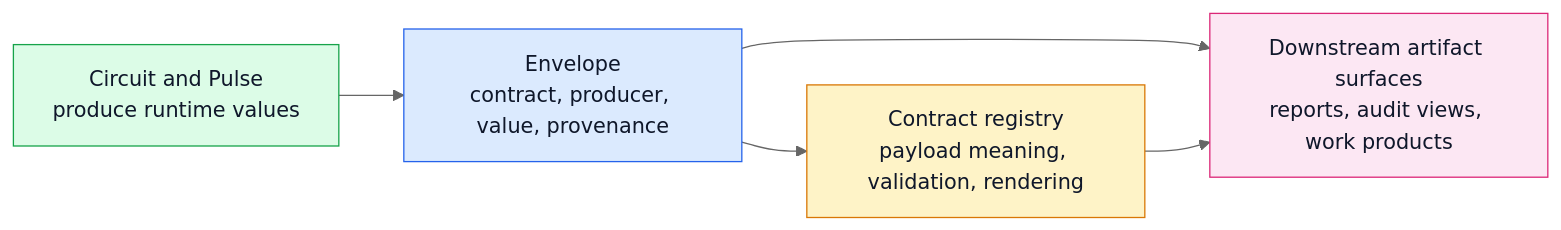
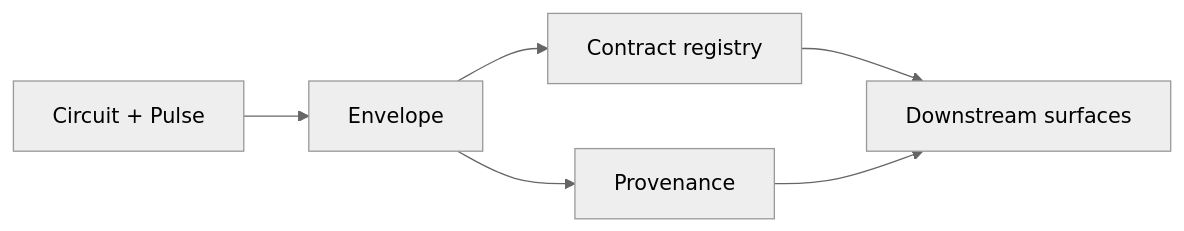
One commit to Digimuoto/cortex changed the diagram in docs/Architecture/08-artifacts-and-provenance.md. Above: the diagram before and after it, drawn with Mermaid (neutral theme). The commit also changed other lines of this file and 63 other files, not shown here.

````diff
--- a/docs/Architecture/08-artifacts-and-provenance.md
+++ b/docs/Architecture/08-artifacts-and-provenance.md
@@ -39,12 +39,8 @@
 ```mermaid
 flowchart LR
-    C[Circuit and Pulse<br/>produce runtime values] --> E[Envelope<br/>contract, producer, value, provenance]
-    E --> R[Contract registry<br/>payload meaning, validation, rendering]
-    E --> D[Downstream artifact surfaces<br/>reports, audit views, work products]
-    R --> D
-
-    style C fill:#dcfce7,stroke:#16a34a,color:#0f172a
-    style E fill:#dbeafe,stroke:#2563eb,color:#0f172a
-    style R fill:#fef3c7,stroke:#d97706,color:#0f172a
-    style D fill:#fce7f3,stroke:#db2777,color:#0f172a
+    C[Circuit + Pulse] --> E[Envelope]
+    E --> R[Contract registry]
+    E --> V[Provenance]
+    R --> D[Downstream surfaces]
+    V --> D
 ```
````
